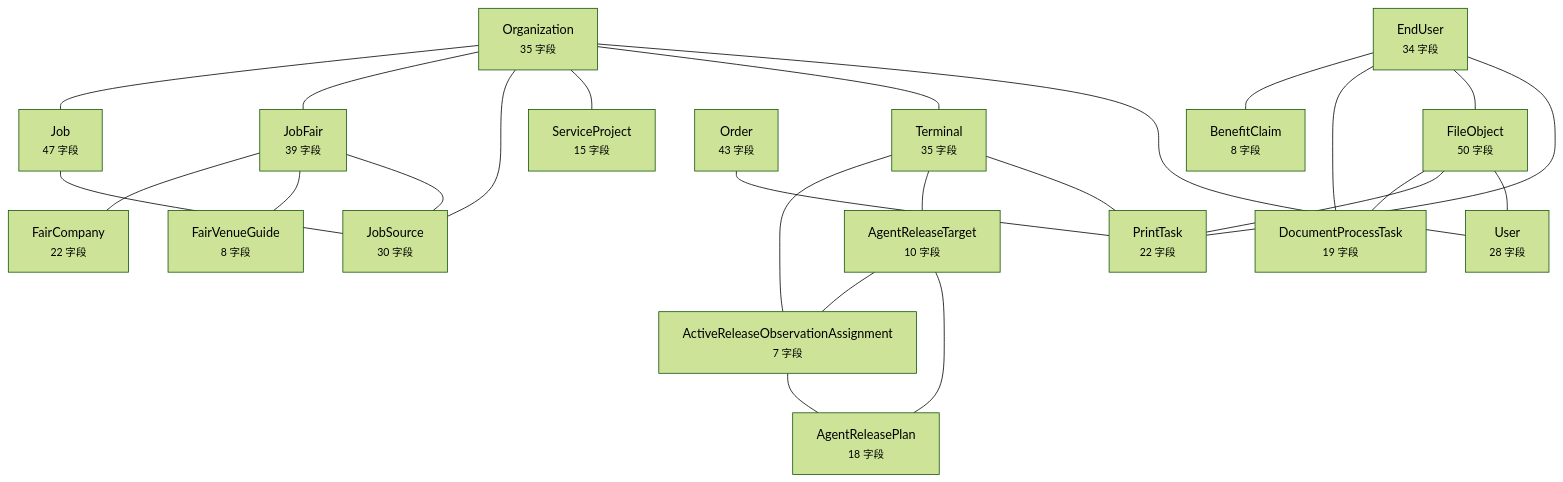
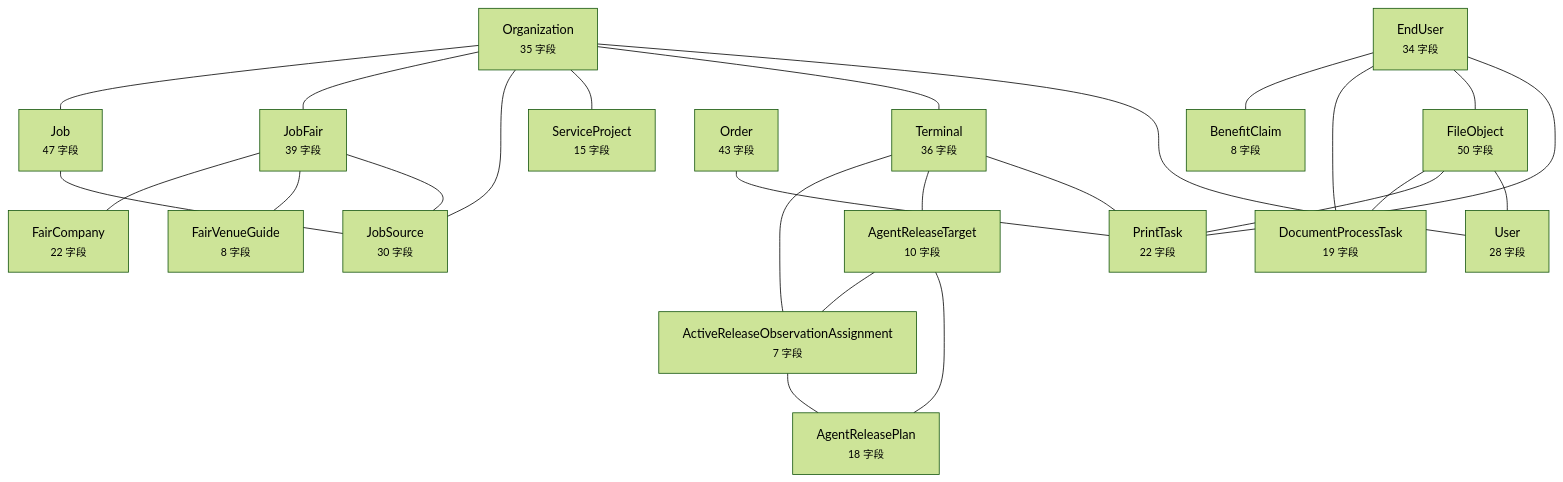
The diagram in docs/graph/data-model.md (wanglei581/YITIJI), drawn with Mermaid (forest theme) before and after one commit. The commit also changed other lines of this file and 4 other files, not shown here.

Commit message:
批量激活一期：项目图谱补上批量预建与绑定码接口

````diff
--- a/docs/graph/data-model.md
+++ b/docs/graph/data-model.md
@@ -10,45 +10,45 @@
 ```mermaid
 flowchart TD
   EndUser["EndUser<br/><small>34 字段</small>"]
   Organization["Organization<br/><small>35 字段</small>"]
-  Terminal["Terminal<br/><small>35 字段</small>"]
+  Terminal["Terminal<br/><small>36 字段</small>"]
   FileObject["FileObject<br/><small>50 字段</small>"]
   Job["Job<br/><small>47 字段</small>"]
   JobFair["JobFair<br/><small>39 字段</small>"]
   JobSource["JobSource<br/><small>30 字段</small>"]
   User["User<br/><small>28 字段</small>"]
   Order["Order<br/><small>43 字段</small>"]
   PrintTask["PrintTask<br/><small>22 字段</small>"]
   AgentReleaseTarget["AgentReleaseTarget<br/><small>10 字段</small>"]
   ServiceProject["ServiceProject<br/><small>15 字段</small>"]
   ActiveReleaseObservationAssignment["ActiveReleaseObservationAssignment<br/><small>7 字段</small>"]
   AgentReleasePlan["AgentReleasePlan<br/><small>18 字段</small>"]
   BenefitClaim["BenefitClaim<br/><small>8 字段</small>"]
   DocumentProcessTask["DocumentProcessTask<br/><small>19 字段</small>"]
   FairCompany["FairCompany<br/><small>22 字段</small>"]
   FairVenueGuide["FairVenueGuide<br/><small>8 字段</small>"]
   EndUser --- BenefitClaim
   EndUser --- DocumentProcessTask
   EndUser --- FileObject
   EndUser --- PrintTask
   Organization --- Job
   Organization --- JobFair
   Organization --- JobSource
   Organization --- ServiceProject
   Organization --- Terminal
   Organization --- User
   Terminal --- ActiveReleaseObservationAssignment
   Terminal --- AgentReleaseTarget
   Terminal --- PrintTask
   FileObject --- DocumentProcessTask
   FileObject --- PrintTask
   FileObject --- User
   Job --- JobSource
   JobFair --- FairCompany
   JobFair --- FairVenueGuide
   JobFair --- JobSource
   Order --- PrintTask
   AgentReleaseTarget --- ActiveReleaseObservationAssignment
   AgentReleaseTarget --- AgentReleasePlan
   ActiveReleaseObservationAssignment --- AgentReleasePlan
 ```
````
